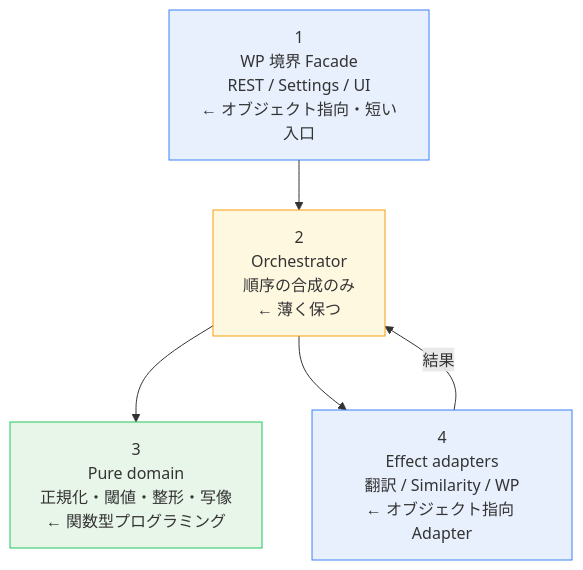
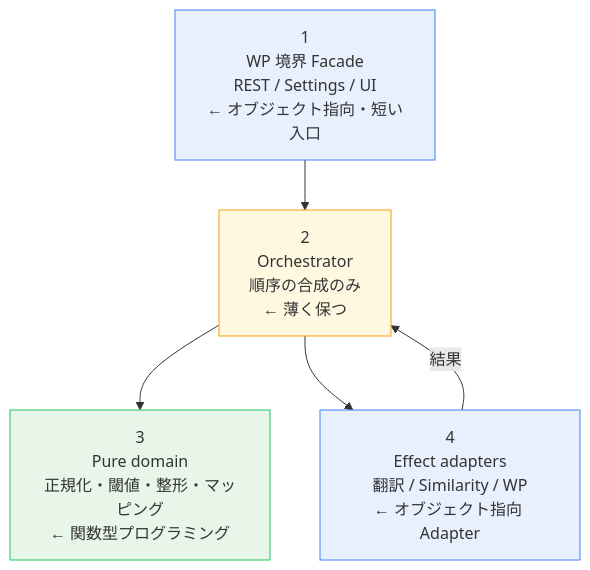
The diagram in docs/02-fp-principles.md (stein2nd/s2j-slug-generater), drawn with Mermaid before and after one commit. The commit also changed other lines of this file and 13 other files, not shown here.

````diff
--- a/docs/02-fp-principles.md
+++ b/docs/02-fp-principles.md
@@ -67,20 +67,20 @@
 ```mermaid
 flowchart TB
   F["1<br/>WP 境界 Facade<br/>REST / Settings / UI<br/>← オブジェクト指向・短い入口"]
   O["2<br/>Orchestrator<br/>順序の合成のみ<br/>← 薄く保つ"]
-  P["3<br/>Pure domain<br/>正規化・閾値・整形・写像<br/>← 関数型プログラミング"]
+  P["3<br/>Pure domain<br/>正規化・閾値・整形・マッピング<br/>← 関数型プログラミング"]
   A["4<br/>Effect adapters<br/>翻訳 / Similarity / WP<br/>← オブジェクト指向 Adapter"]
 
   F --> O
   O --> P
   O --> A
   A -->|"結果"| O
 
   classDef oo fill:#e8f0fe,stroke:#3b82f6
   classDef fp fill:#e8f5e9,stroke:#22c55e
   classDef thin fill:#fff8e1,stroke:#f59e0b
 
   class F,A oo
   class O thin
   class P fp
 ```
````
